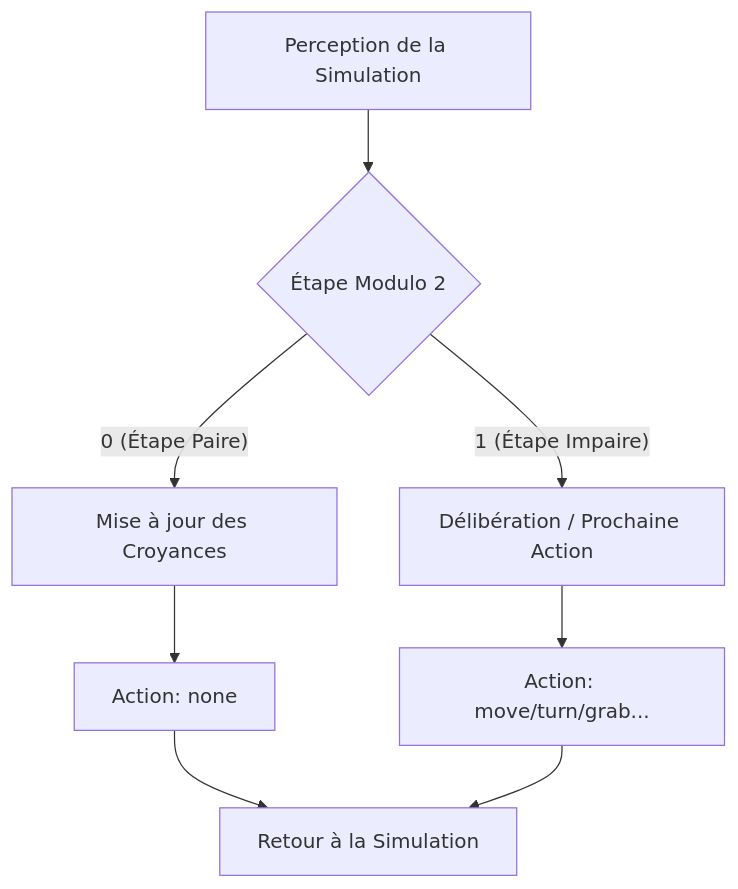
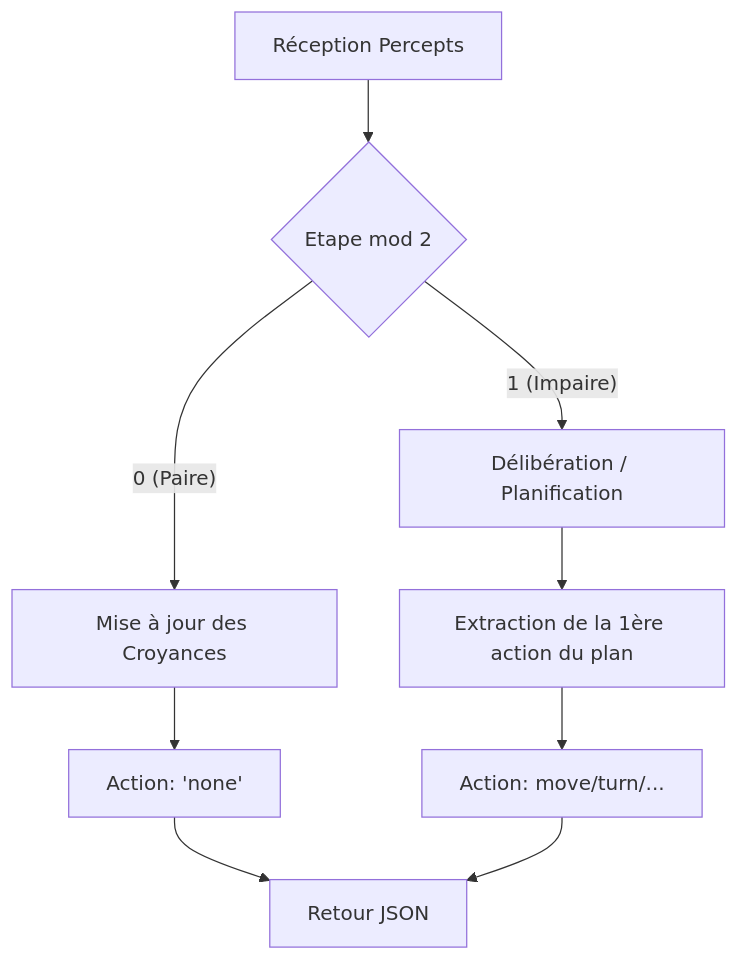
Before and after one commit to AmineBarh/ia-symbolique: the diagram in wumpussimhunter/README.md, drawn with Mermaid. The commit also changed other lines of this file and 8 other files, not shown here.

````diff
--- a/wumpussimhunter/README.md
+++ b/wumpussimhunter/README.md
@@ -76,11 +95,13 @@
 ```mermaid
 graph TD
-    A[Perception de la Simulation] --> B{Étape Modulo 2}
-    B -- "0 (Étape Paire)" --> C[Mise à jour des Croyances]
-    C --> D[Action: none]
-    D --> G[Retour à la Simulation]
-
-    B -- "1 (Étape Impaire)" --> E[Délibération / Prochaine Action]
-    E --> F[Action: move/turn/grab...]
-    F --> G
+    Start[Réception Percepts] --> Check{Etape mod 2}
+    
+    Check -- "0 (Paire)" --> Update[Mise à jour des Croyances]
+    Update --> ActionNone[Action: 'none']
+    ActionNone --> End[Retour JSON]
+    
+    Check -- "1 (Impaire)" --> Deliberate[Délibération / Planification]
+    Deliberate --> GetAction[Extraction de la 1ère action du plan]
+    GetAction --> ActionPhys[Action: move/turn/...]
+    ActionPhys --> End
 ```
````
